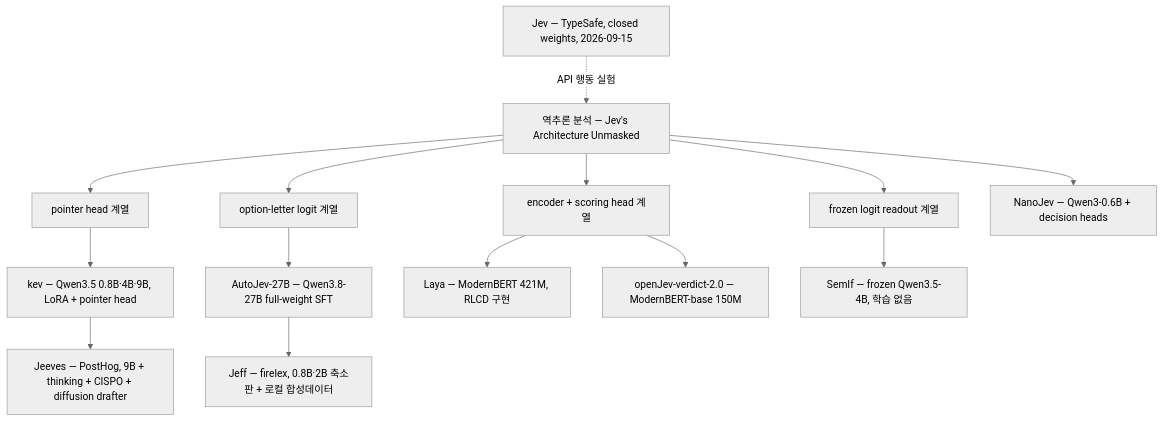
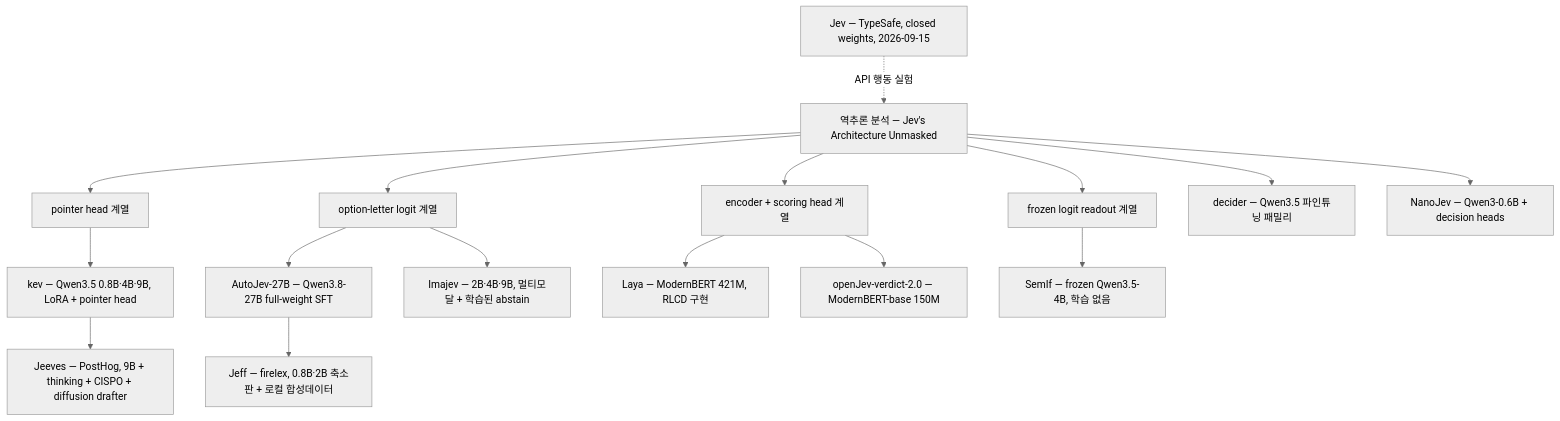
One commit to sangyun628/research changed the second of 3 diagrams in ai-infrastructure/system-one-models/README.md. Above: the diagram before and after it, drawn with Mermaid (neutral theme). The commit also changed other lines of this file and 2 other files, not shown here.

First line of the commit message:
docs: System One 모델 마스터 비교표·기능 매트릭스 추가, Imajev·decider 반영

````diff
--- a/ai-infrastructure/system-one-models/README.md
+++ b/ai-infrastructure/system-one-models/README.md
@@ -48,20 +48,22 @@
 ```mermaid
 flowchart TB
   JEV["Jev — TypeSafe, closed weights, 2026-09-15"]
   AH["역추론 분석 — Jev's Architecture Unmasked"]
   JEV -.->|"API 행동 실험"| AH
 
   AH --> PH["pointer head 계열"]
   AH --> LL["option-letter logit 계열"]
   AH --> ENC["encoder + scoring head 계열"]
   AH --> FZ["frozen logit readout 계열"]
 
   PH --> KEV["kev — Qwen3.5 0.8B·4B·9B, LoRA + pointer head"]
   KEV --> JEEVES["Jeeves — PostHog, 9B + thinking + CISPO + diffusion drafter"]
   LL --> AUTOJEV["AutoJev-27B — Qwen3.8-27B full-weight SFT"]
   AUTOJEV --> JEFF["Jeff — firelex, 0.8B·2B 축소판 + 로컬 합성데이터"]
+  LL --> IMAJEV["Imajev — 2B·4B·9B, 멀티모달 + 학습된 abstain"]
+  AH --> DECIDER["decider — Qwen3.5 파인튜닝 패밀리"]
   ENC --> LAYA["Laya — ModernBERT 421M, RLCD 구현"]
   ENC --> VERDICT["openJev-verdict-2.0 — ModernBERT-base 150M"]
   FZ --> SEMIF["SemIf — frozen Qwen3.5-4B, 학습 없음"]
   AH --> NANO["NanoJev — Qwen3-0.6B + decision heads"]
 ```
````
